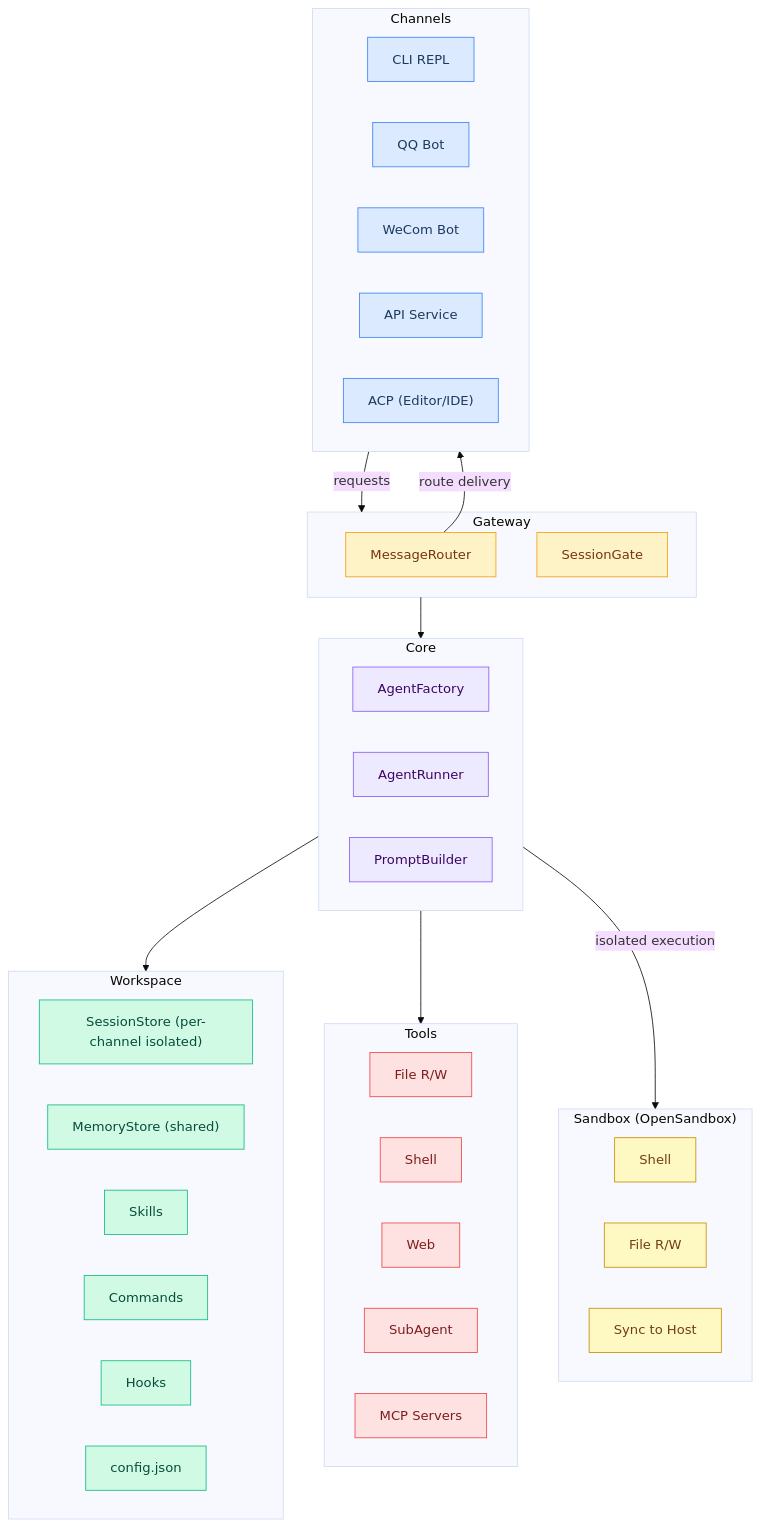
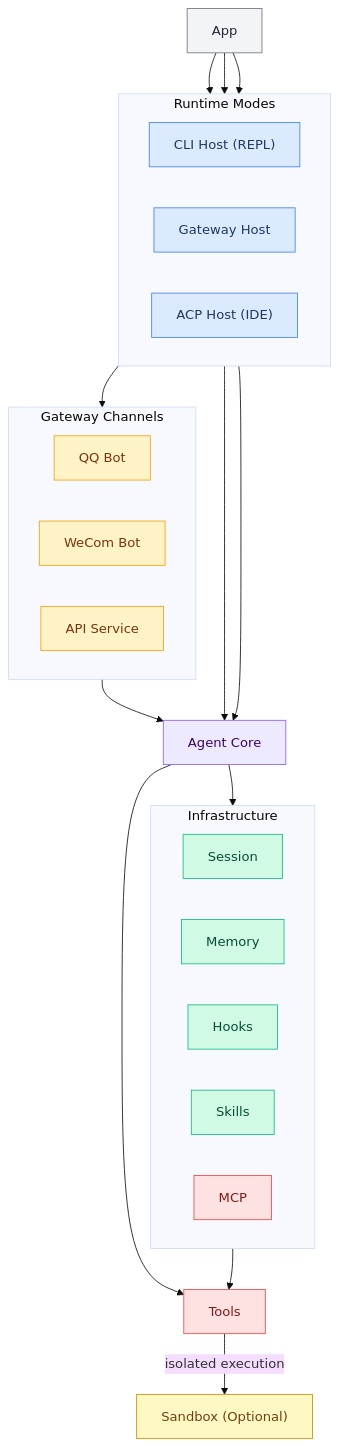
Before and after one commit to DotCraftDev/dotcraft: the diagram in README.md, drawn with Mermaid (base theme). The commit also changed other lines of this file and 1 other file, not shown here.

````diff
--- a/README.md
+++ b/README.md
@@ -38,65 +38,66 @@
 ```mermaid
 flowchart TB
-    subgraph channels [Channels]
-        CLI[CLI REPL]
-        QQ[QQ Bot]
-        WeCom[WeCom Bot]
-        API[API Service]
-        ACP["ACP (Editor/IDE)"]
+    App["App"]
+
+    subgraph hosts [Runtime Modes]
+        direction LR
+        CliHost["CLI Host (REPL)"]
+        GatewayHost["Gateway Host"]
+        AcpHost["ACP Host (IDE)"]
     end
 
-    subgraph gateway [Gateway]
-        MsgRouter[MessageRouter]
-        SessGate[SessionGate]
+    subgraph modules [Gateway Channels]
+        direction LR
+        QQModule["QQ Bot"]
+        WeComModule["WeCom Bot"]
+        ApiModule["API Service"]
     end
 
-    subgraph core [Core]
-        AgentFactory[AgentFactory]
-        AgentRunner[AgentRunner]
-        PromptBuilder[PromptBuilder]
+    AgentCore["Agent Core"]
+    Tools["Tools"]
+    Sandbox["Sandbox (Optional)"]
+
+    subgraph infra [Infrastructure]
+        direction LR
+        Session["Session"]
+        Memory["Memory"]
+        Hooks["Hooks"]
+        Skills["Skills"]
+        MCP["MCP"]
     end
 
-    subgraph workspace [Workspace]
-        SessionStore["SessionStore (per-channel isolated)"]
-        MemoryStore["MemoryStore (shared)"]
-        Skills[Skills]
-        Commands[Commands]
-        Hooks[Hooks]
-        Config[config.json]
-    end
+    App --> CliHost
+    App --> GatewayHost
+    App --> AcpHost
 
-    subgraph tools [Tools]
-        FileTools[File R/W]
-        ShellTools[Shell]
-        WebTools[Web]
-        SubAgent[SubAgent]
-        MCPServers[MCP Servers]
-    end
+    CliHost --> AgentCore
+    AcpHost --> AgentCore
+    GatewayHost --> modules
+    modules --> AgentCore
 
-    subgraph sandbox ["Sandbox (OpenSandbox)"]
-        SandboxShell[Shell]
-        SandboxFile[File R/W]
-        SandboxSync[Sync to Host]
-    end
+    AgentCore --> Tools
+    AgentCore --> infra
+    MCP --> Tools
+    Tools -->|"isolated execution"| Sandbox
 
-    channels -->|requests| gateway
-    gateway --> core
-    core --> workspace
-    core --> tools
-    core -->|"isolated execution"| sandbox
-    MsgRouter -->|route delivery| channels
-
-    classDef channelStyle fill:#dbeafe,stroke:#3b82f6,color:#1e3a5f
-    classDef gatewayStyle fill:#fef3c7,stroke:#f59e0b,color:#78350f
+    classDef entryStyle fill:#f3f4f6,stroke:#6b7280,color:#1f2937
+    classDef hostStyle fill:#dbeafe,stroke:#3b82f6,color:#1e3a5f
+    classDef moduleStyle fill:#fef3c7,stroke:#f59e0b,color:#78350f
     classDef coreStyle fill:#ede9fe,stroke:#8b5cf6,color:#3b0764
-    classDef workspaceStyle fill:#d1fae5,stroke:#10b981,color:#064e3b
     classDef toolStyle fill:#fee2e2,stroke:#ef4444,color:#7f1d1d
+    classDef infraStyle fill:#d1fae5,stroke:#10b981,color:#064e3b
     classDef sandboxStyle fill:#fef9c3,stroke:#ca8a04,color:#713f12
 
-    class CLI,QQ,WeCom,API,ACP channelStyle
-    class MsgRouter,SessGate gatewayStyle
-    class AgentFactory,AgentRunner,PromptBuilder coreStyle
-    class SessionStore,MemoryStore,Skills,Commands,Hooks,Config workspaceStyle
-    class FileTools,ShellTools,WebTools,SubAgent,MCPServers toolStyle
-    class SandboxShell,SandboxFile,SandboxSync sandboxStyle
+    class App entryStyle
+    class CliHost,GatewayHost,AcpHost hostStyle
+    class QQModule,WeComModule,ApiModule moduleStyle
+    class AgentCore coreStyle
+    class Tools toolStyle
+    class Session,Memory,Hooks,Skills,Config infraStyle
+    class Sandbox sandboxStyle
+
+    class AgentFactory,AgentRunner,SessionGate,MessageRouter coreStyle
+    class CoreTools,SubAgent,MCP,ChannelTools toolStyle
+    class SessionStore,MemoryStore,Hooks,Skills,Config infraStyle
+    class OpenSandbox sandboxStyle
 ```
````
